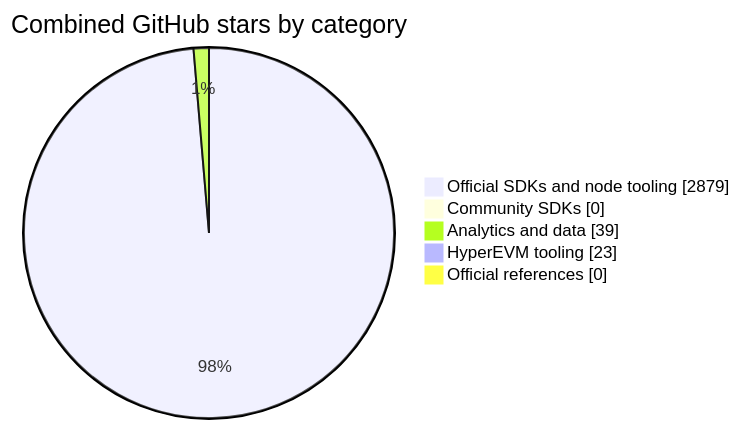
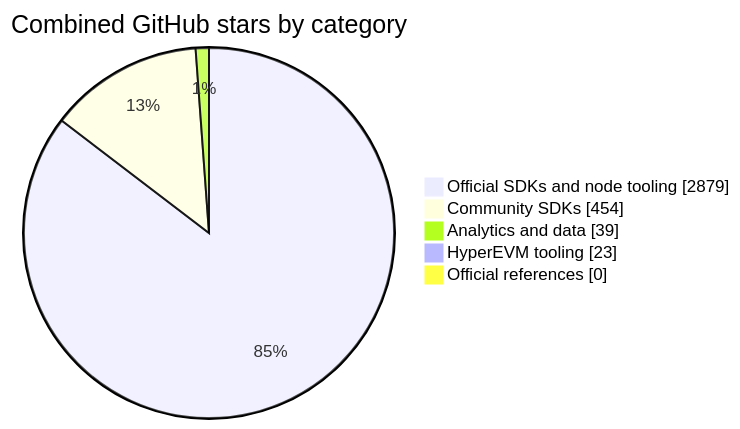
Before and after one commit to EdisonTKPcom/Awesome-Craft-Hyperliquid: the diagram in README.md, drawn with Mermaid. The commit also changed other lines of this file, not shown here.

````diff
--- a/README.md
+++ b/README.md
@@ -60,9 +63,9 @@
 ```mermaid
 pie showData
     title Combined GitHub stars by category
     "Official SDKs and node tooling" : 2879
-    "Community SDKs" : 0
+    "Community SDKs" : 454
     "Analytics and data" : 39
     "HyperEVM tooling" : 23
     "Official references" : 0
 ```
````
